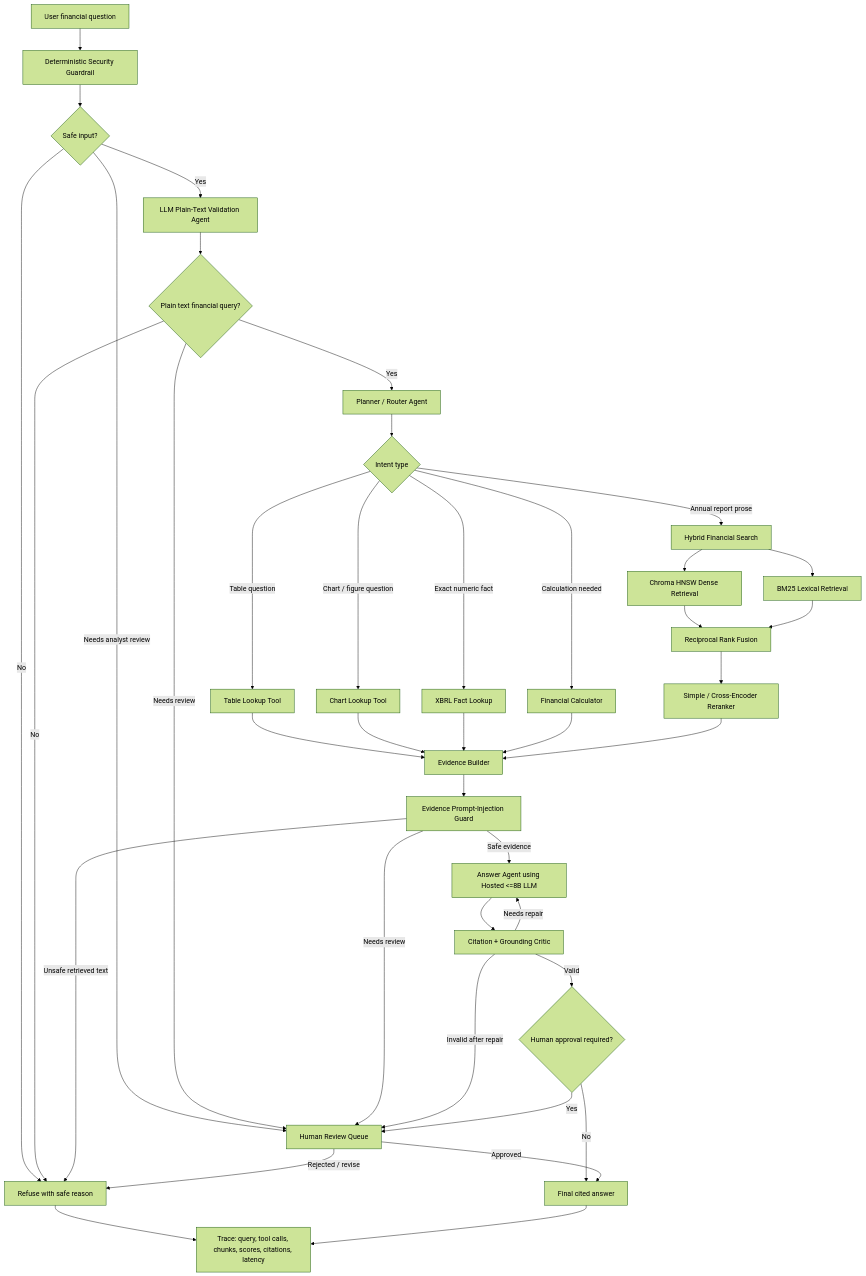
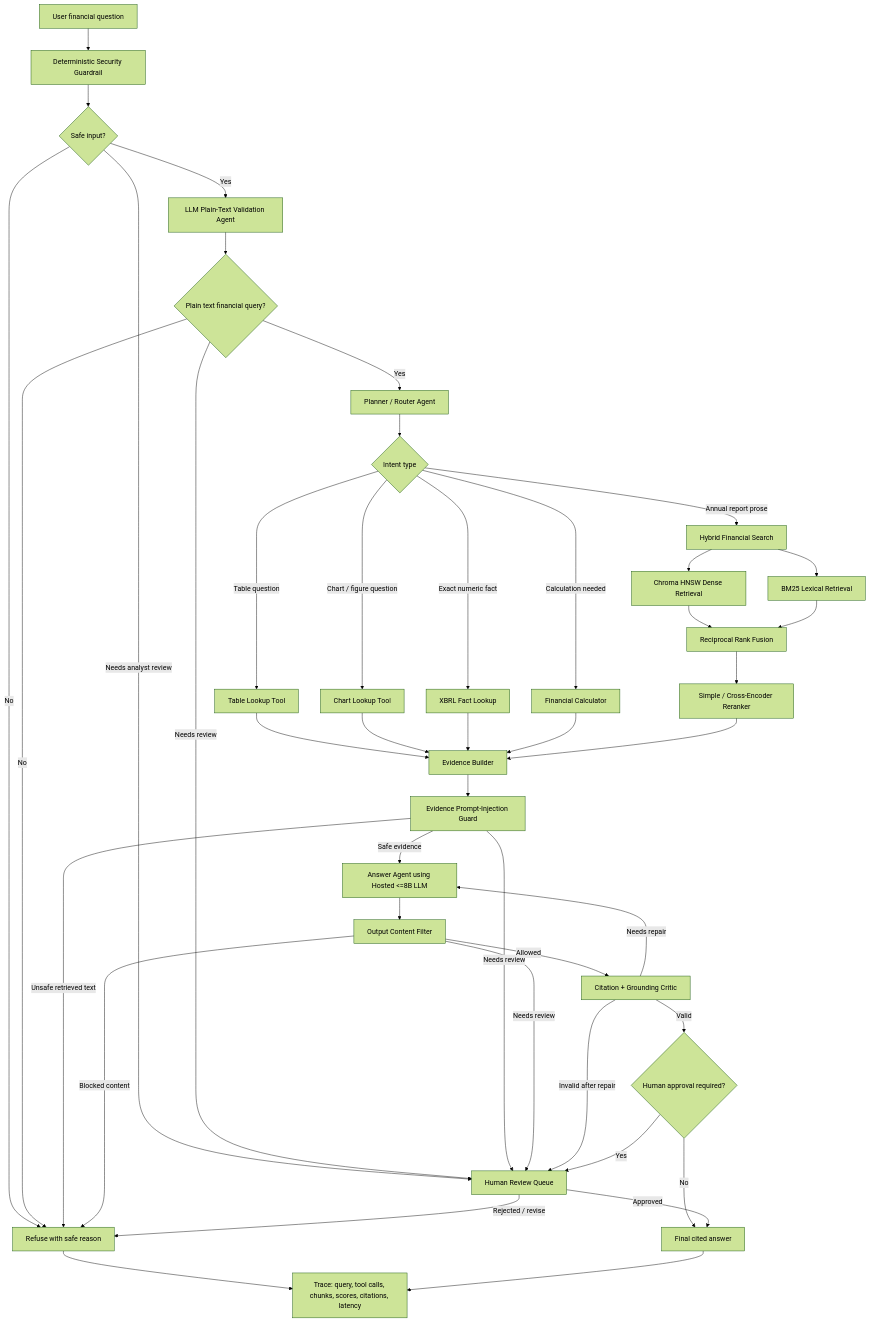
One commit to rama159065/Capstone changed the first of 3 diagrams in docs/financial_report_agent_design.md. Above: the diagram before and after it, drawn with Mermaid (forest theme). The commit also changed other lines of this file and 11 other files, not shown here.

````diff
--- a/docs/financial_report_agent_design.md
+++ b/docs/financial_report_agent_design.md
@@ -50,48 +50,51 @@
 ```mermaid
 flowchart TD
     User[User financial question] --> InputGuard[Deterministic Security Guardrail]
     InputGuard --> GuardDecision{Safe input?}
     GuardDecision -->|No| Refusal[Refuse with safe reason]
     GuardDecision -->|Needs analyst review| HumanReview[Human Review Queue]
     GuardDecision -->|Yes| PlainTextAgent[LLM Plain-Text Validation Agent]
 
     PlainTextAgent --> PlainDecision{Plain text financial query?}
     PlainDecision -->|No| Refusal
     PlainDecision -->|Needs review| HumanReview
     PlainDecision -->|Yes| Planner[Planner / Router Agent]
 
     Planner --> Intent{Intent type}
     Intent -->|Annual report prose| HybridSearch[Hybrid Financial Search]
     Intent -->|Table question| TableTool[Table Lookup Tool]
     Intent -->|Chart / figure question| ChartTool[Chart Lookup Tool]
     Intent -->|Exact numeric fact| XBRLTool[XBRL Fact Lookup]
     Intent -->|Calculation needed| CalcTool[Financial Calculator]
 
     HybridSearch --> Dense[Chroma HNSW Dense Retrieval]
     HybridSearch --> BM25[BM25 Lexical Retrieval]
     Dense --> RRF[Reciprocal Rank Fusion]
     BM25 --> RRF
     RRF --> Reranker[Simple / Cross-Encoder Reranker]
 
     TableTool --> EvidenceBuilder[Evidence Builder]
     ChartTool --> EvidenceBuilder
     XBRLTool --> EvidenceBuilder
     CalcTool --> EvidenceBuilder
     Reranker --> EvidenceBuilder
 
     EvidenceBuilder --> EvidenceGuard[Evidence Prompt-Injection Guard]
     EvidenceGuard -->|Unsafe retrieved text| Refusal
     EvidenceGuard -->|Needs review| HumanReview
     EvidenceGuard -->|Safe evidence| AnswerAgent[Answer Agent using Hosted <=8B LLM]
-    AnswerAgent --> Critic[Citation + Grounding Critic]
+    AnswerAgent --> OutputFilter[Output Content Filter]
+    OutputFilter -->|Blocked content| Refusal
+    OutputFilter -->|Needs review| HumanReview
+    OutputFilter -->|Allowed| Critic[Citation + Grounding Critic]
     Critic -->|Needs repair| AnswerAgent
     Critic -->|Invalid after repair| HumanReview
     Critic -->|Valid| ApprovalDecision{Human approval required?}
     ApprovalDecision -->|No| Final[Final cited answer]
     ApprovalDecision -->|Yes| HumanReview
     HumanReview -->|Approved| Final
     HumanReview -->|Rejected / revise| Refusal
 
     Refusal --> Trace
     Final --> Trace[Trace: query, tool calls, chunks, scores, citations, latency]
 ```
````
